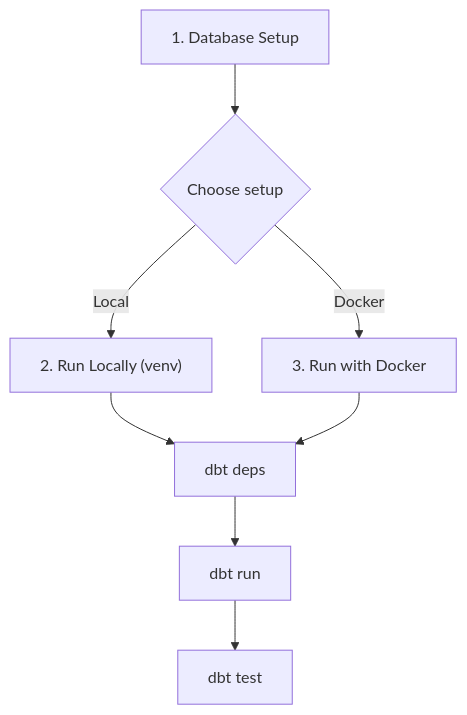
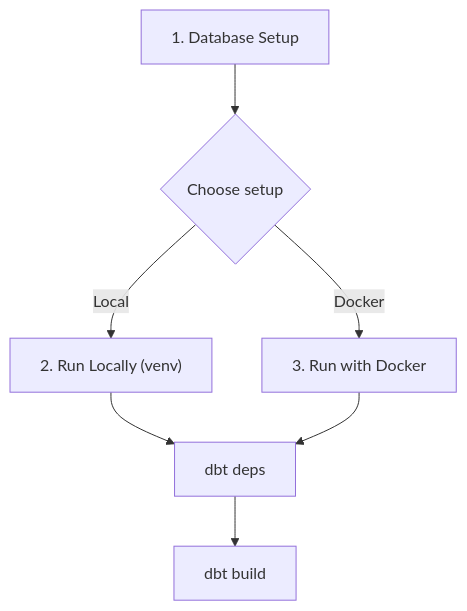
Before and after one commit to DerianCampos/e-commerce-data-models-dbt: the second of 2 diagrams in README.md, drawn with Mermaid. The commit also changed other lines of this file and 24 other files, not shown here.

````diff
--- a/README.md
+++ b/README.md
@@ -53,10 +67,9 @@
 ```mermaid
 flowchart TD
     A["1. Database Setup"] --> B{"Choose setup"}
     B -- Local --> C["2. Run Locally (venv)"]
     B -- Docker --> D["3. Run with Docker"]
     C --> E["dbt deps"]
     D --> E
-    E --> F["dbt run"]
-    F --> G["dbt test"]
+    E --> F["dbt build"]
 ```
````
